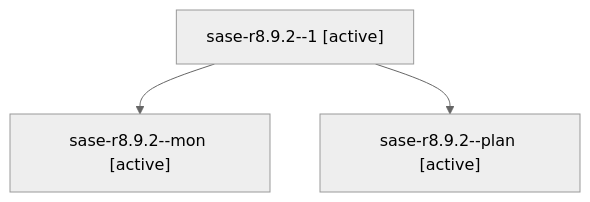
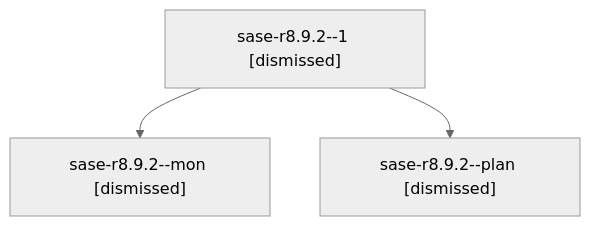
Before and after one commit to sase-org/sase--agents: the diagram in sessions/bbugyi200.athena.sase-r8.9.2.md, drawn with Mermaid (neutral theme). The commit also changed other lines of this file and 159 other files, not shown here.

````diff
--- a/sessions/bbugyi200.athena.sase-r8.9.2.md
+++ b/sessions/bbugyi200.athena.sase-r8.9.2.md
@@ -9,8 +9,8 @@
 ```mermaid
 flowchart TD
-  n0["sase-r8.9.2--1 [active]"]
-  n1["sase-r8.9.2--mon [active]"]
+  n0["sase-r8.9.2--1 [dismissed]"]
+  n1["sase-r8.9.2--mon [dismissed]"]
   n0 --> n1
-  n2["sase-r8.9.2--plan [active]"]
+  n2["sase-r8.9.2--plan [dismissed]"]
   n0 --> n2
 ```
````
